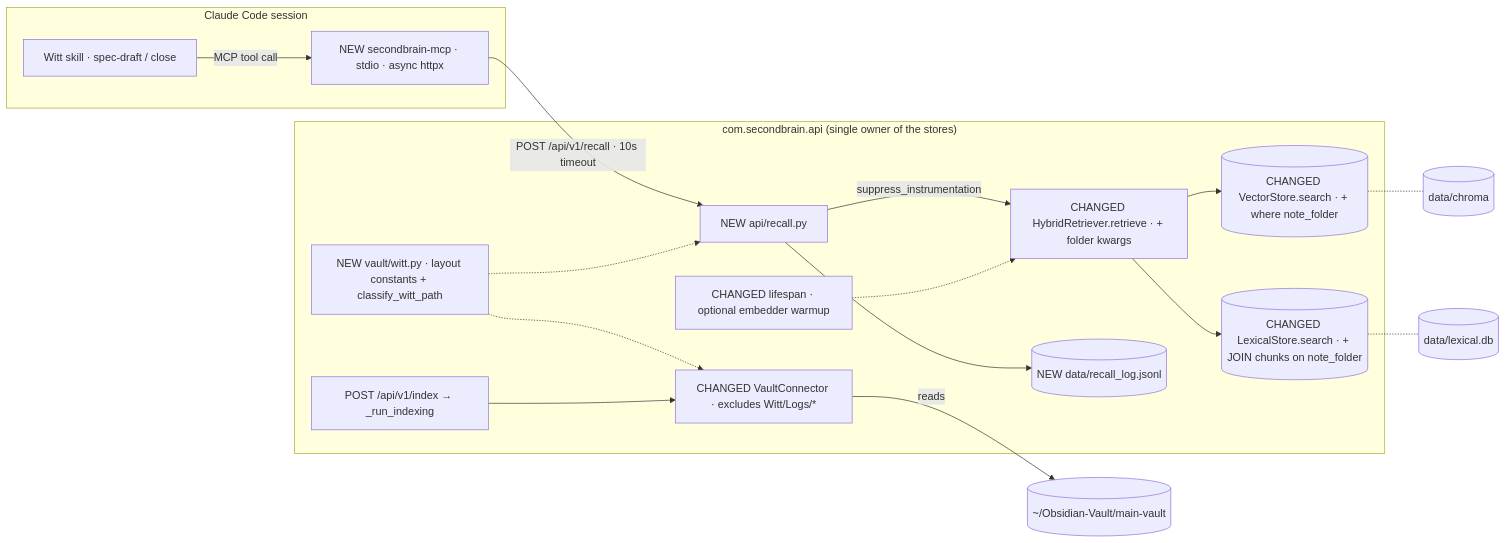
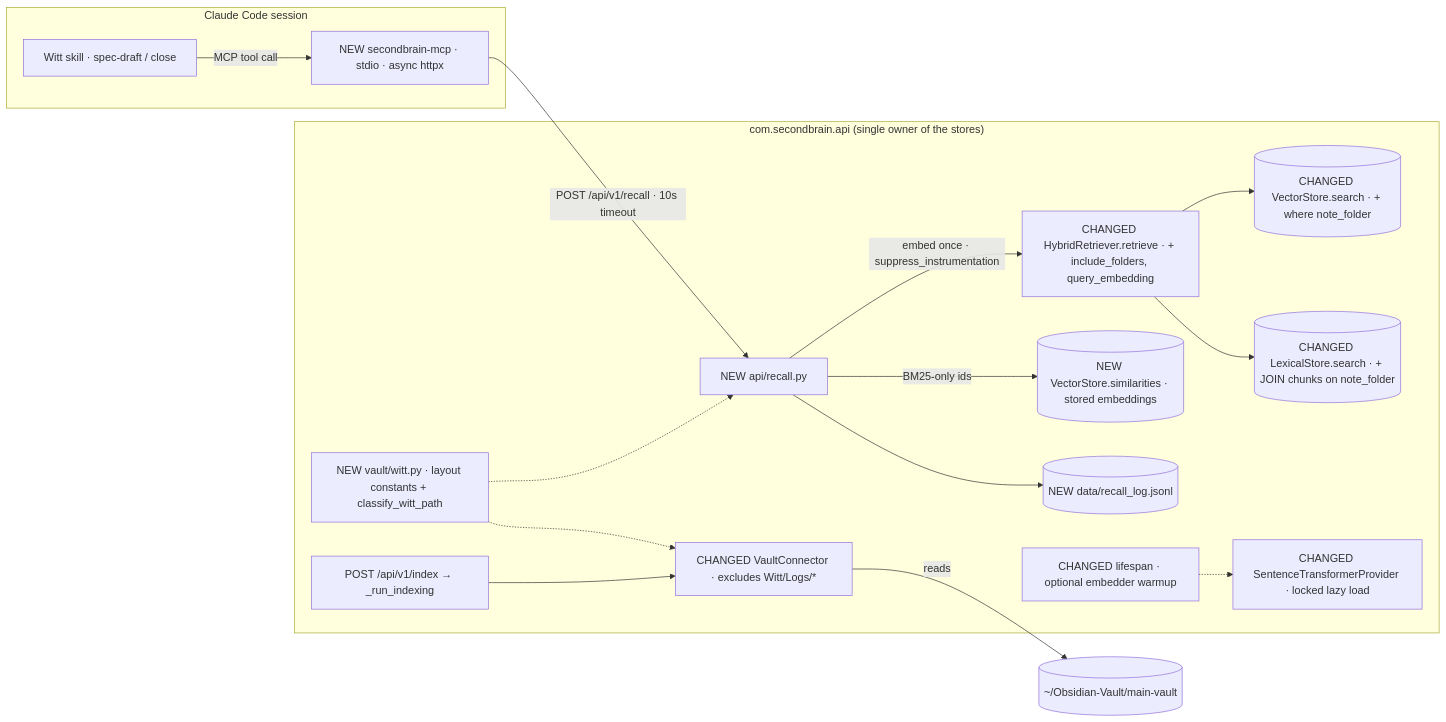
The diagram in docs/specs/001-secondbrain-recall-mcp-server-for-witt.md (brendenrossin/SecondBrain), drawn with Mermaid before and after one commit. The commit also changed other lines of this file and 4 other files, not shown here.

````diff
--- a/docs/specs/001-secondbrain-recall-mcp-server-for-witt.md
+++ b/docs/specs/001-secondbrain-recall-mcp-server-for-witt.md
@@ -82,20 +96,19 @@
 ```mermaid
 flowchart LR
   subgraph Claude Code session
     S[Witt skill · spec-draft / close] -->|MCP tool call| M[NEW secondbrain-mcp · stdio · async httpx]
   end
   M -->|POST /api/v1/recall · 10s timeout| R[NEW api/recall.py]
   subgraph "com.secondbrain.api (single owner of the stores)"
-    R -->|suppress_instrumentation| H[CHANGED HybridRetriever.retrieve · + folder kwargs]
+    R -->|embed once · suppress_instrumentation| H[CHANGED HybridRetriever.retrieve · + include_folders, query_embedding]
     H --> V[(CHANGED VectorStore.search · + where note_folder)]
     H --> L[(CHANGED LexicalStore.search · + JOIN chunks on note_folder)]
+    R -->|BM25-only ids| VS[(NEW VectorStore.similarities · stored embeddings)]
     R --> RL[(NEW data/recall_log.jsonl)]
     W[NEW vault/witt.py · layout constants + classify_witt_path] -.-> R
     W -.-> C
     IX[POST /api/v1/index → _run_indexing] --> C[CHANGED VaultConnector · excludes Witt/Logs/*]
-    LS[CHANGED lifespan · optional embedder warmup] -.-> H
+    LS[CHANGED lifespan · optional embedder warmup] -.-> E[CHANGED SentenceTransformerProvider · locked lazy load]
   end
   C -->|reads| VAULT[(~/Obsidian-Vault/main-vault)]
-  V -.- CH[(data/chroma)]
-  L -.- FTS[(data/lexical.db)]
 ```
````
